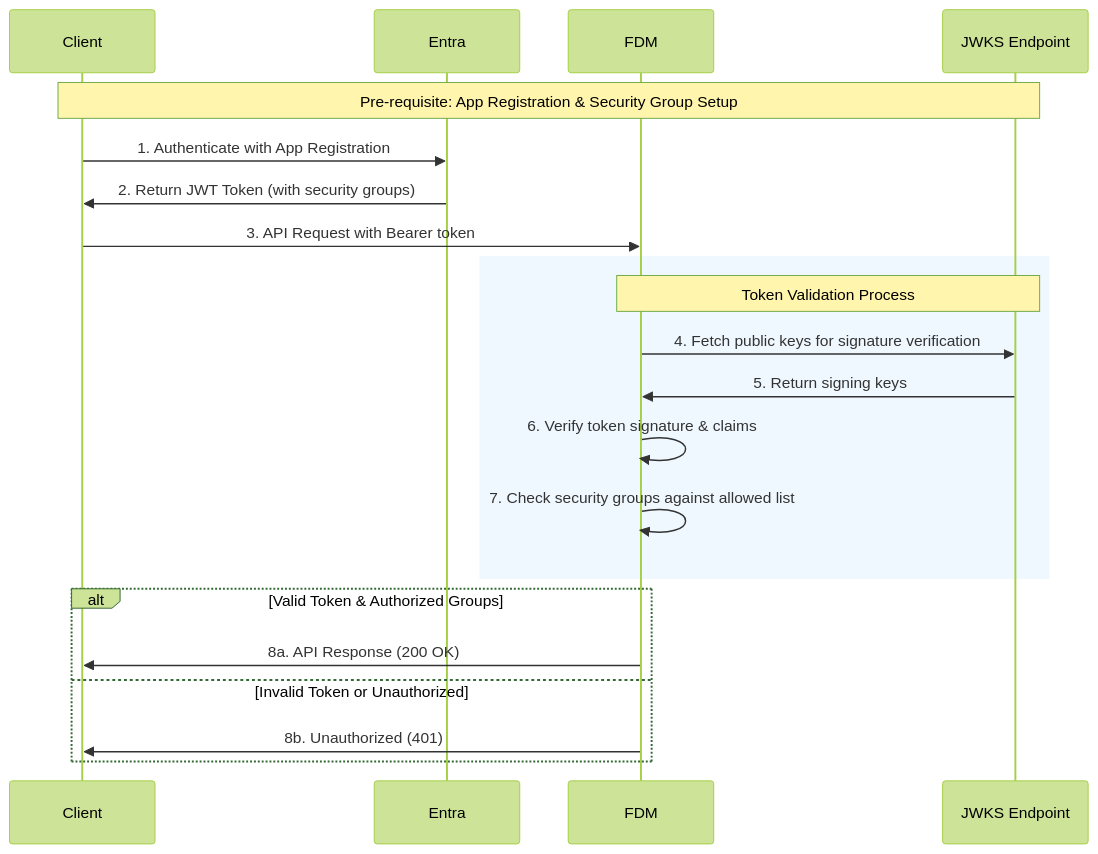
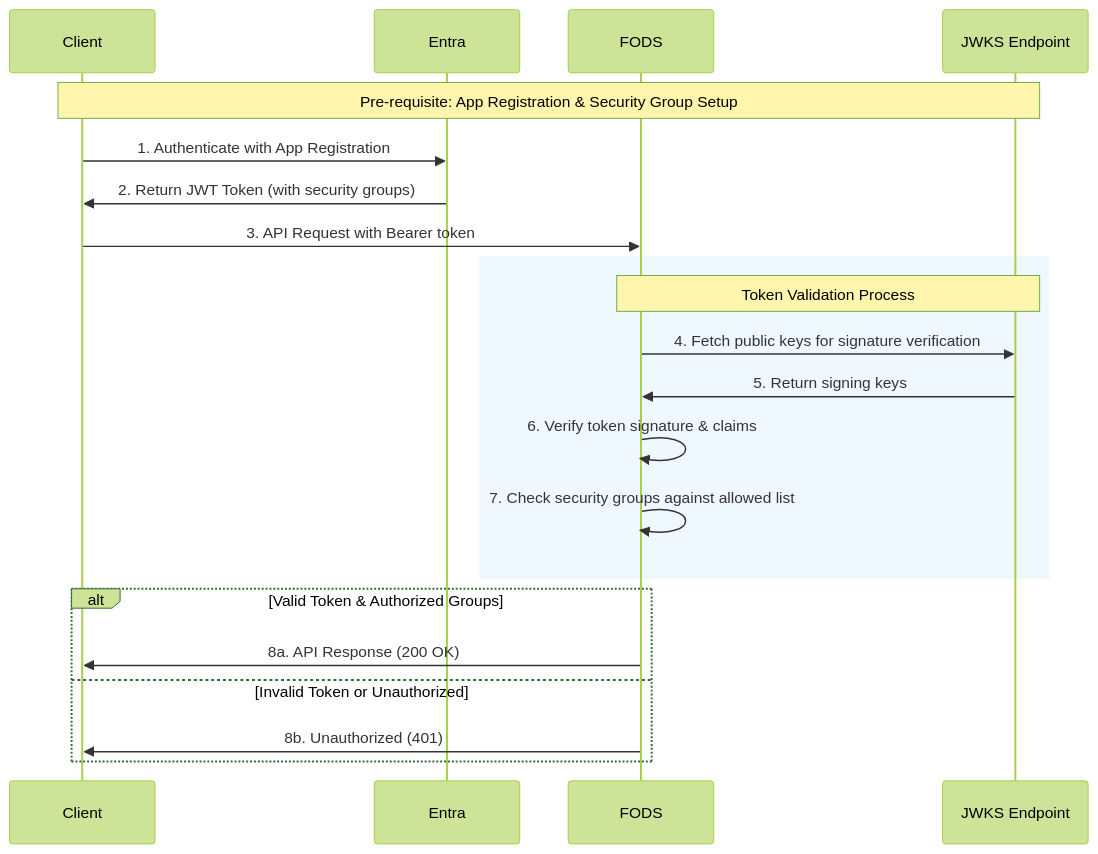
The third of 3 diagrams in README.md (DEFRA/fcp-fdm), drawn with Mermaid (forest theme) before and after one commit. The commit also changed other lines of this file and 6 other files, not shown here.

First line of the commit message:
Rename Farming Data Model (FDM) to Farming Operation Data Store (FODS) (#74)

````diff
--- a/README.md
+++ b/README.md
@@ -341,28 +344,28 @@
 ```mermaid
 sequenceDiagram
     participant Client
     participant Entra
-    participant FDM 
+    participant FODS 
     participant JWKS as JWKS Endpoint
     
     Note over Client,JWKS: Pre-requisite: App Registration & Security Group Setup
     
     Client->>Entra: 1. Authenticate with App Registration
     Entra->>Client: 2. Return JWT Token (with security groups)
     
-    Client->>FDM: 3. API Request with Bearer token
+    Client->>FODS: 3. API Request with Bearer token
     
     rect rgb(240, 248, 255)
-        Note over FDM,JWKS: Token Validation Process
-        FDM->>JWKS: 4. Fetch public keys for signature verification
-        JWKS->>FDM: 5. Return signing keys
-        FDM->>FDM: 6. Verify token signature & claims
-        FDM->>FDM: 7. Check security groups against allowed list
+        Note over FODS,JWKS: Token Validation Process
+        FODS->>JWKS: 4. Fetch public keys for signature verification
+        JWKS->>FODS: 5. Return signing keys
+        FODS->>FODS: 6. Verify token signature & claims
+        FODS->>FODS: 7. Check security groups against allowed list
     end
     
     alt Valid Token & Authorized Groups
-        FDM->>Client: 8a. API Response (200 OK)
+        FODS->>Client: 8a. API Response (200 OK)
     else Invalid Token or Unauthorized
-        FDM->>Client: 8b. Unauthorized (401)
+        FODS->>Client: 8b. Unauthorized (401)
     end
 ```
````
